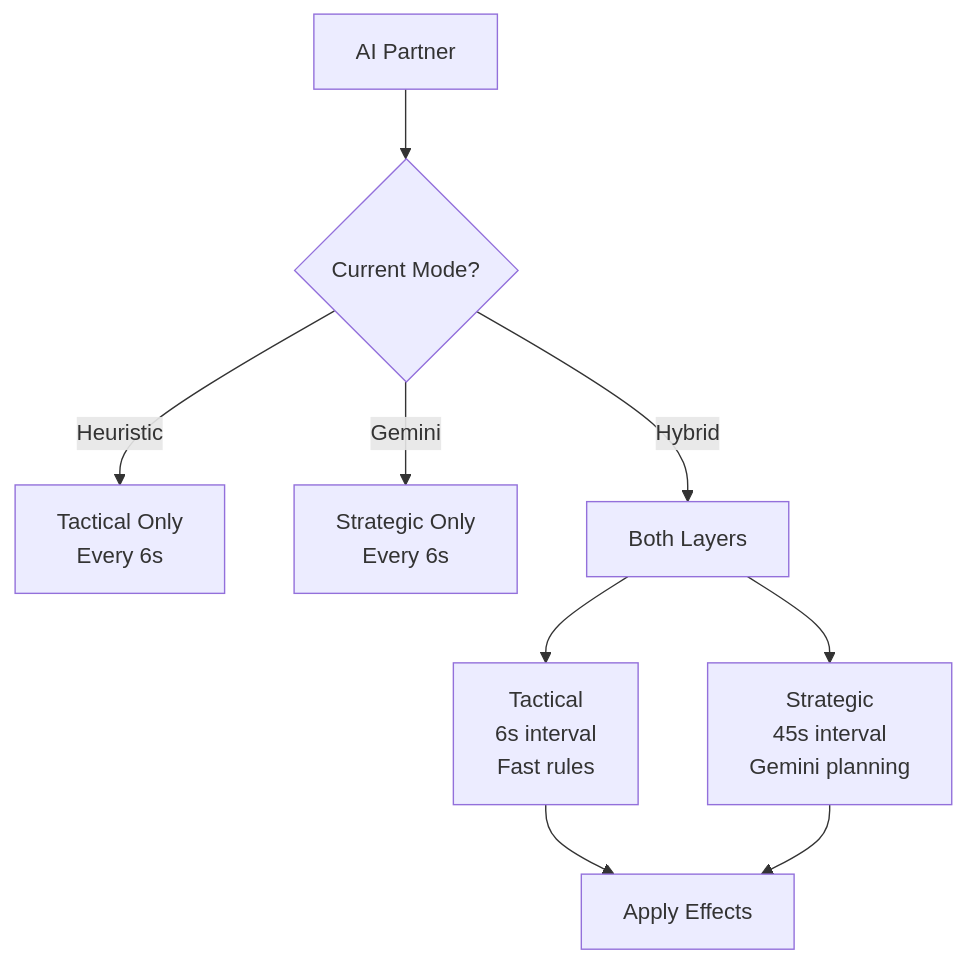
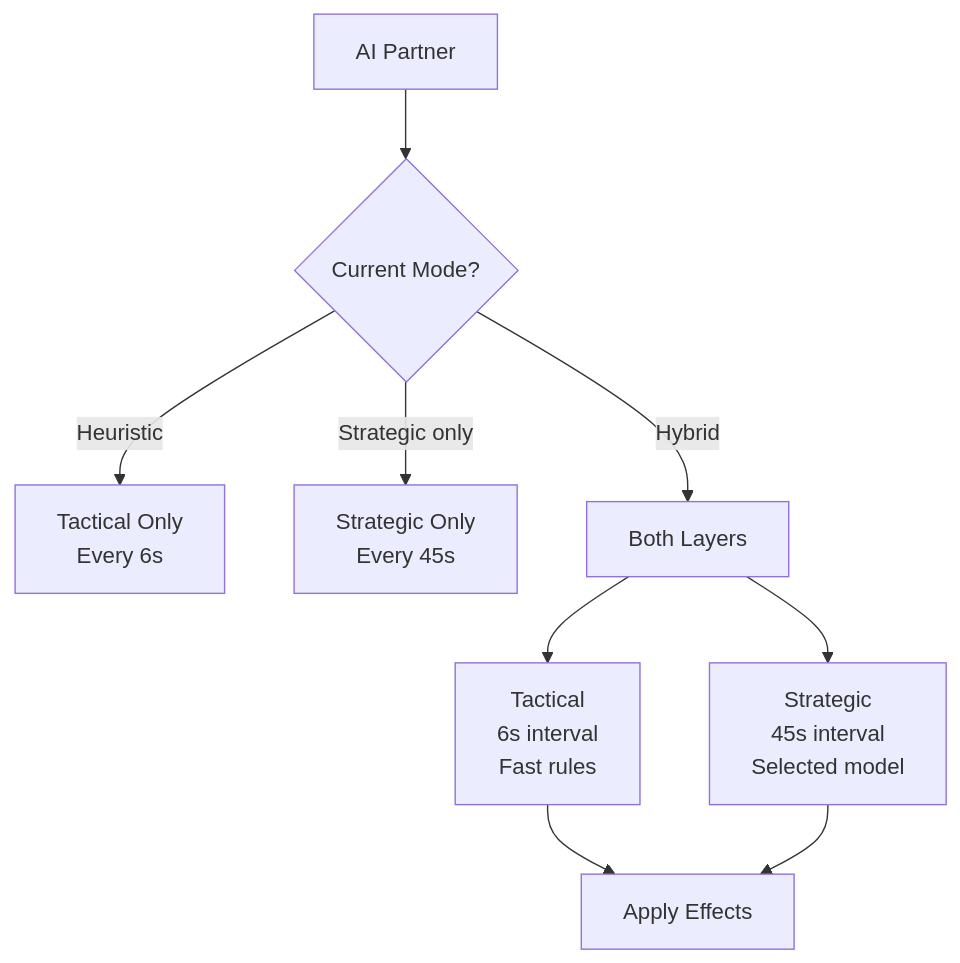
Before and after one commit to NellInc/MillOS: the diagram in README.md, drawn with Mermaid. The commit also changed other lines of this file and 22 other files, not shown here.

````diff
--- a/README.md
+++ b/README.md
@@ -169,11 +169,11 @@
 ```mermaid
 flowchart TD
     A[AI Partner] --> B{Current Mode?}
     B -->|Heuristic| C[Tactical Only<br/>Every 6s]
-    B -->|Gemini| D[Strategic Only<br/>Every 6s]
+    B -->|Strategic only| D[Strategic Only<br/>Every 45s]
     B -->|Hybrid| E[Both Layers]
     E --> F[Tactical<br/>6s interval<br/>Fast rules]
-    E --> G[Strategic<br/>45s interval<br/>Gemini planning]
+    E --> G[Strategic<br/>45s interval<br/>Selected model]
     F --> H[Apply Effects]
     G --> H
 ```
````
